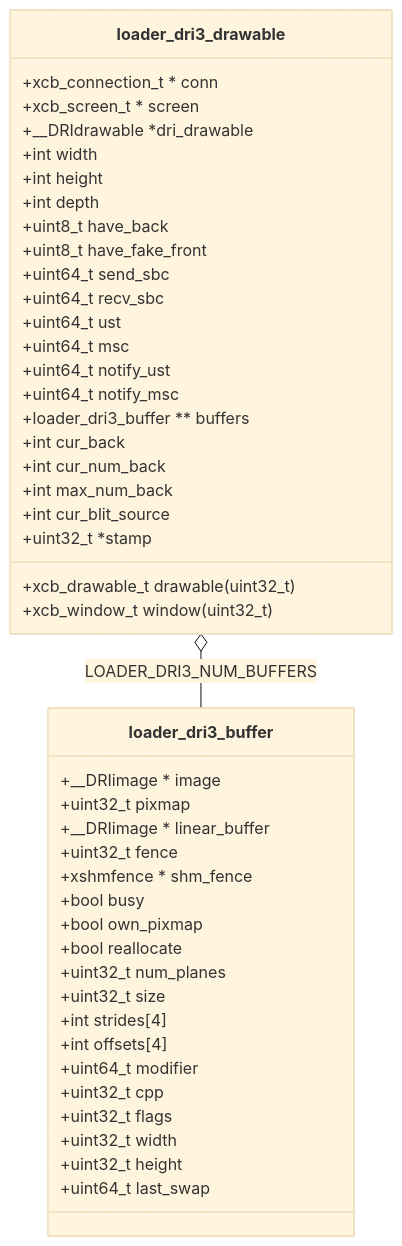
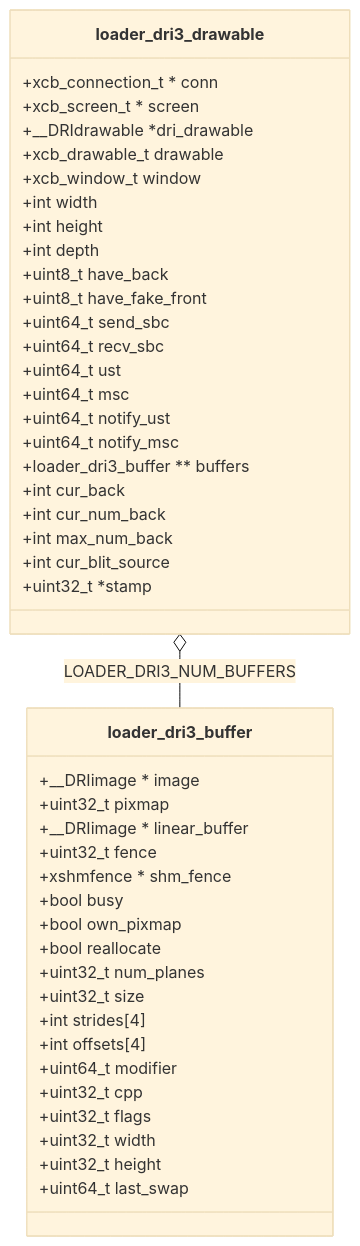
The first of 3 diagrams in source/_posts/gfx/dri3.md (lucmann/lucmann.github.io), drawn with Mermaid (base theme) before and after one commit. The commit also changed other lines of this file, not shown here.

Commit message:
gfx: dri3 data structures classDiagram

````diff
--- a/source/_posts/gfx/dri3.md
+++ b/source/_posts/gfx/dri3.md
@@ -24,48 +24,48 @@
 ```mermaid
 classDiagram
     loader_dri3_drawable o-- loader_dri3_buffer : LOADER_DRI3_NUM_BUFFERS
     class loader_dri3_drawable{
         +xcb_connection_t * conn
         +xcb_screen_t * screen
         +__DRIdrawable *dri_drawable
-        +xcb_drawable_t drawable (uint32_t)
-        +xcb_window_t window (uint32_t)
+        +xcb_drawable_t drawable
+        +xcb_window_t window
         +int width
         +int height
         +int depth
         +uint8_t have_back
         +uint8_t have_fake_front
         +uint64_t send_sbc
         +uint64_t recv_sbc
         +uint64_t ust
         +uint64_t msc
         +uint64_t notify_ust
         +uint64_t notify_msc
         +loader_dri3_buffer ** buffers
         +int cur_back
         +int cur_num_back
         +int max_num_back
         +int cur_blit_source
         +uint32_t *stamp
     }
     class loader_dri3_buffer{
         +__DRIimage * image
         +uint32_t pixmap
         +__DRIimage * linear_buffer
         +uint32_t fence
         +xshmfence * shm_fence
         +bool busy
         +bool own_pixmap
         +bool reallocate
         +uint32_t num_planes
         +uint32_t size
         +int strides[4]
         +int offsets[4]
         +uint64_t modifier
         +uint32_t cpp
         +uint32_t flags
         +uint32_t width
         +uint32_t height
         +uint64_t last_swap
     }
 ```
````
